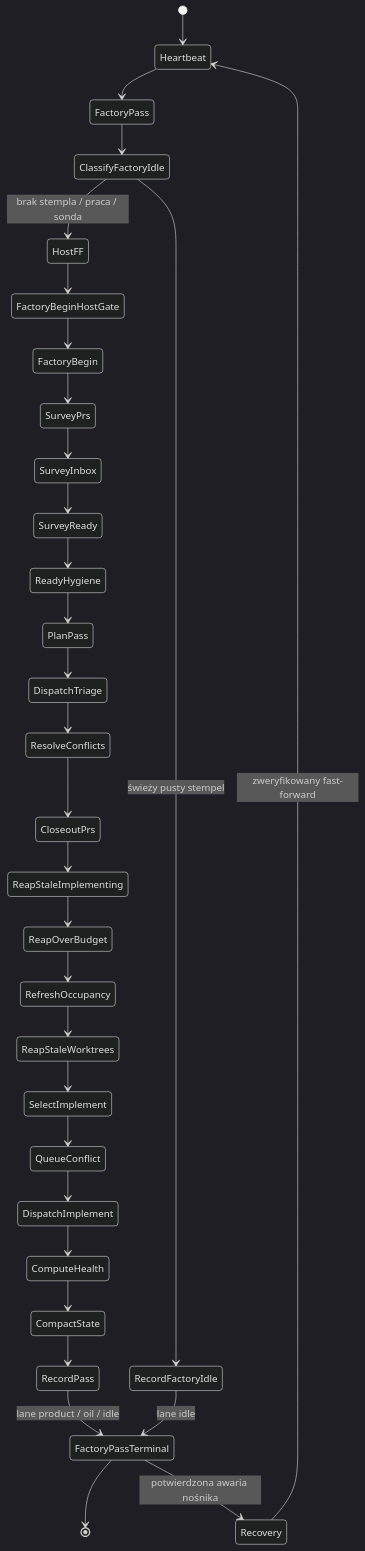
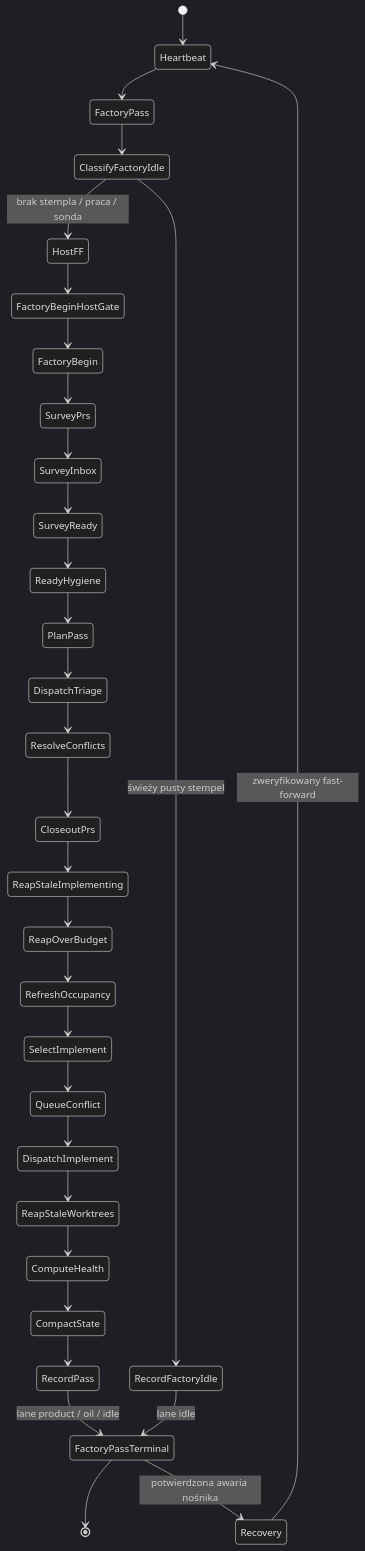
One commit to mikolaj92/lokay changed the first of 40 diagrams in README.md. Above: the diagram before and after it, drawn with Mermaid (dark theme). The commit also changed other lines of this file and 16 other files, not shown here.

First line of the commit message:
fix: ungate factory_pass implement from worktree reap

````diff
--- a/README.md
+++ b/README.md
@@ -79,33 +79,33 @@
 ```mermaid
 stateDiagram-v2
     [*] --> Heartbeat
     Heartbeat --> FactoryPass
     FactoryPass --> ClassifyFactoryIdle
     ClassifyFactoryIdle --> RecordFactoryIdle: świeży pusty stempel
     ClassifyFactoryIdle --> HostFF: brak stempla / praca / sonda
     HostFF --> FactoryBeginHostGate
     FactoryBeginHostGate --> FactoryBegin
     FactoryBegin --> SurveyPrs
     SurveyPrs --> SurveyInbox
     SurveyInbox --> SurveyReady
     SurveyReady --> ReadyHygiene
     ReadyHygiene --> PlanPass
     PlanPass --> DispatchTriage
     DispatchTriage --> ResolveConflicts
     ResolveConflicts --> CloseoutPrs
     CloseoutPrs --> ReapStaleImplementing
     ReapStaleImplementing --> ReapOverBudget
     ReapOverBudget --> RefreshOccupancy
-    RefreshOccupancy --> ReapStaleWorktrees
-    ReapStaleWorktrees --> SelectImplement
+    RefreshOccupancy --> SelectImplement
     SelectImplement --> QueueConflict
     QueueConflict --> DispatchImplement
-    DispatchImplement --> ComputeHealth
+    DispatchImplement --> ReapStaleWorktrees
+    ReapStaleWorktrees --> ComputeHealth
     ComputeHealth --> CompactState
     CompactState --> RecordPass
     RecordPass --> FactoryPassTerminal: lane product / oil / idle
     RecordFactoryIdle --> FactoryPassTerminal: lane idle
     FactoryPassTerminal --> [*]
     FactoryPassTerminal --> Recovery: potwierdzona awaria nośnika
     Recovery --> Heartbeat: zweryfikowany fast-forward
 ```
````
